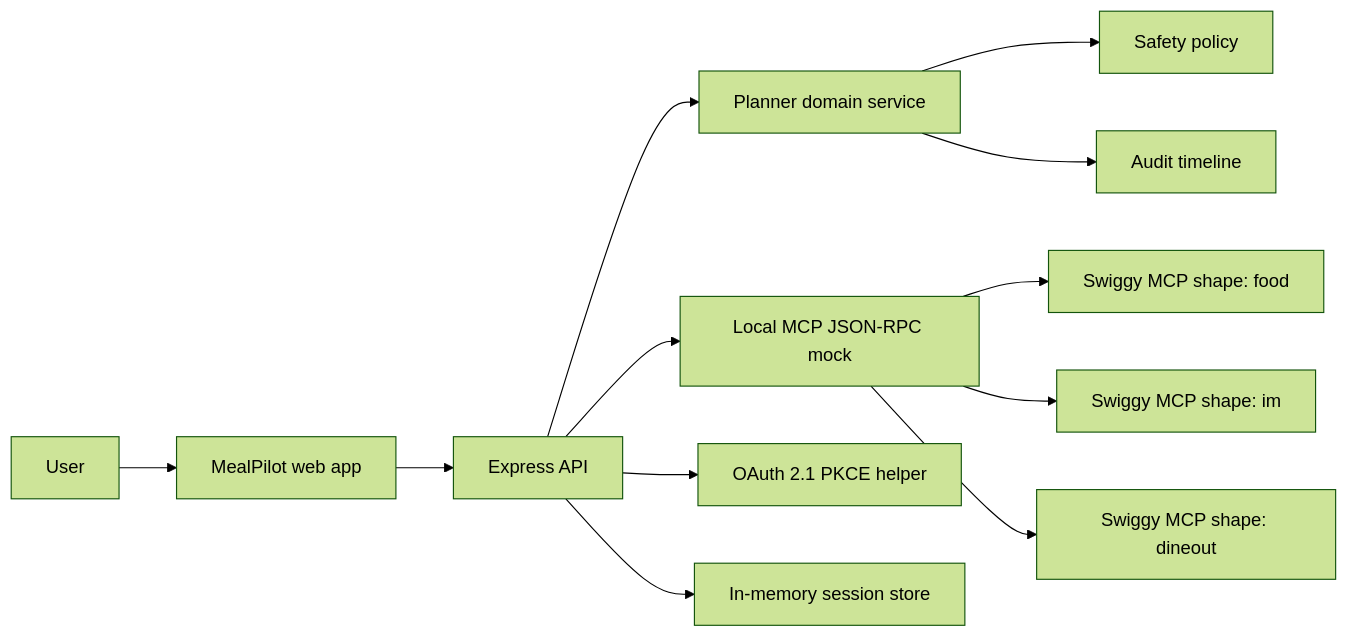
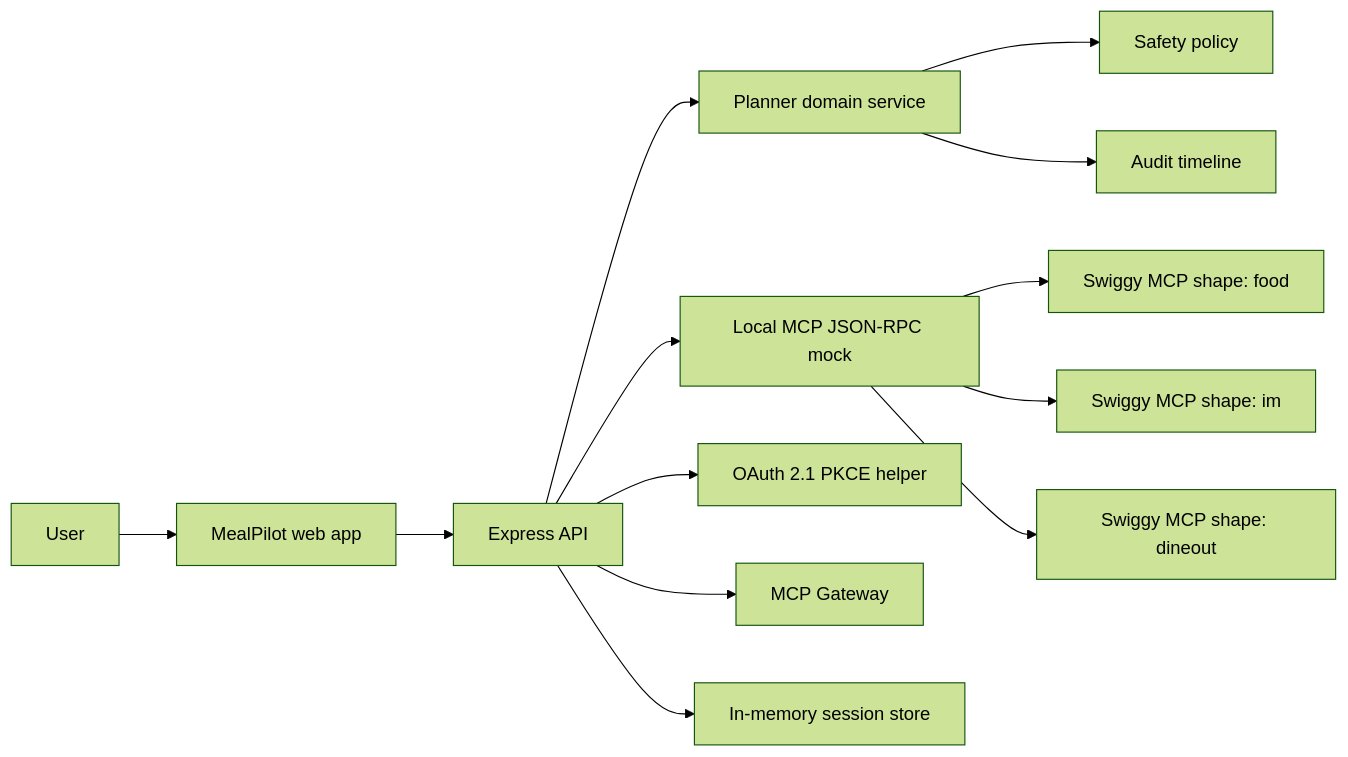
One commit to Farhankhan0128/MealPilot changed the diagram in docs/architecture.md. Above: the diagram before and after it, drawn with Mermaid (forest theme). The commit also changed other lines of this file and 17 other files, not shown here.

Commit message:
Add Swiggy MCP gateway cutover

````diff
--- a/docs/architecture.md
+++ b/docs/architecture.md
@@ -7,14 +7,15 @@
 ```mermaid
 flowchart LR
   U["User"] --> UI["MealPilot web app"]
   UI --> API["Express API"]
   API --> Planner["Planner domain service"]
   Planner --> Safety["Safety policy"]
   API --> Mock["Local MCP JSON-RPC mock"]
   API --> Auth["OAuth 2.1 PKCE helper"]
+  API --> Gateway["MCP Gateway"]
   Mock --> Food["Swiggy MCP shape: food"]
   Mock --> IM["Swiggy MCP shape: im"]
   Mock --> Dineout["Swiggy MCP shape: dineout"]
   API --> Store["In-memory session store"]
   Planner --> Obs["Audit timeline"]
 ```
````
